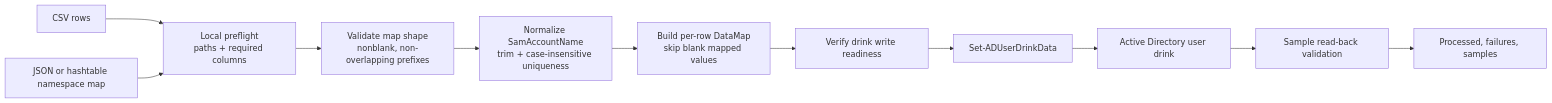
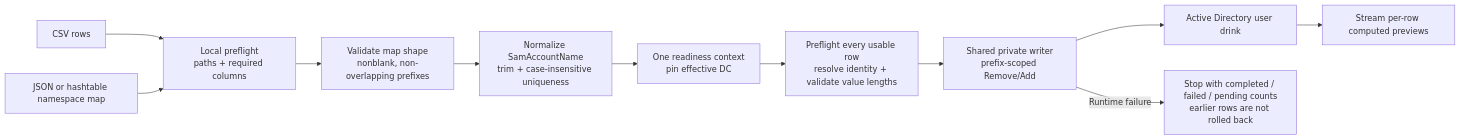
One commit to jonathanweinberg/DrunkenAD changed the diagram in docs/diagrams/csv-ingestion-flow.mmd. Above: the diagram before and after it, drawn with Mermaid. The commit also changed 17 other files, not shown here.

First line of the commit message:
docs: adjudicate October review and refresh write-flow visuals

```diff
--- a/docs/diagrams/csv-ingestion-flow.mmd
+++ b/docs/diagrams/csv-ingestion-flow.mmd
@@ -1,11 +1,11 @@
 flowchart LR
     CSV["CSV rows"] --> LOCAL["Local preflight<br/>paths + required columns"]
     MAP["JSON or hashtable namespace map"] --> LOCAL
     LOCAL --> OWNERSHIP["Validate map shape<br/>nonblank, non-overlapping prefixes"]
     OWNERSHIP --> IDENTITIES["Normalize SamAccountName<br/>trim + case-insensitive uniqueness"]
-    IDENTITIES --> ROW["Build per-row DataMap<br/>skip blank mapped values"]
-    ROW --> READY["Verify drink write readiness"]
-    READY --> WRITE["Set-ADUserDrinkData"]
+    IDENTITIES --> READY["One readiness context<br/>pin effective DC"]
+    READY --> ROW["Preflight every usable row<br/>resolve identity + validate value lengths"]
+    ROW --> WRITE["Shared private writer<br/>prefix-scoped Remove/Add"]
     WRITE --> AD["Active Directory user drink"]
-    AD --> READBACK["Sample read-back validation"]
-    READBACK --> REPORT["Processed, failures, samples"]
+    AD --> REPORT["Stream per-row computed previews"]
+    WRITE -->|Runtime failure| FAILURE["Stop with completed / failed / pending counts<br/>earlier rows are not rolled back"]
```
